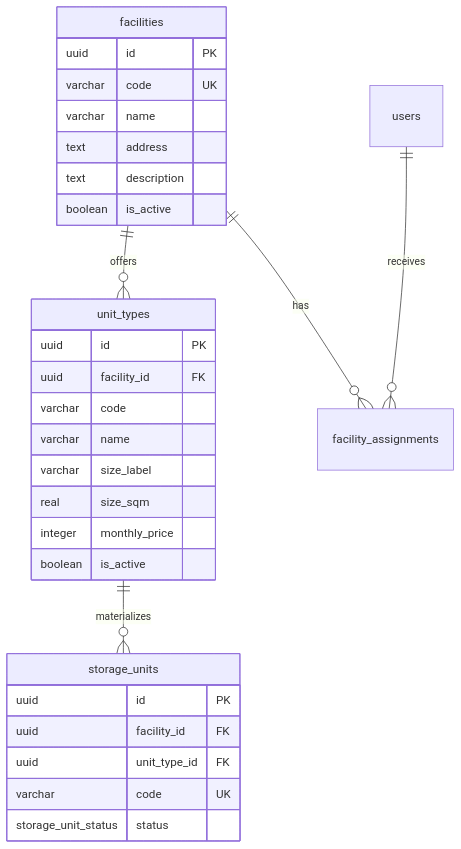
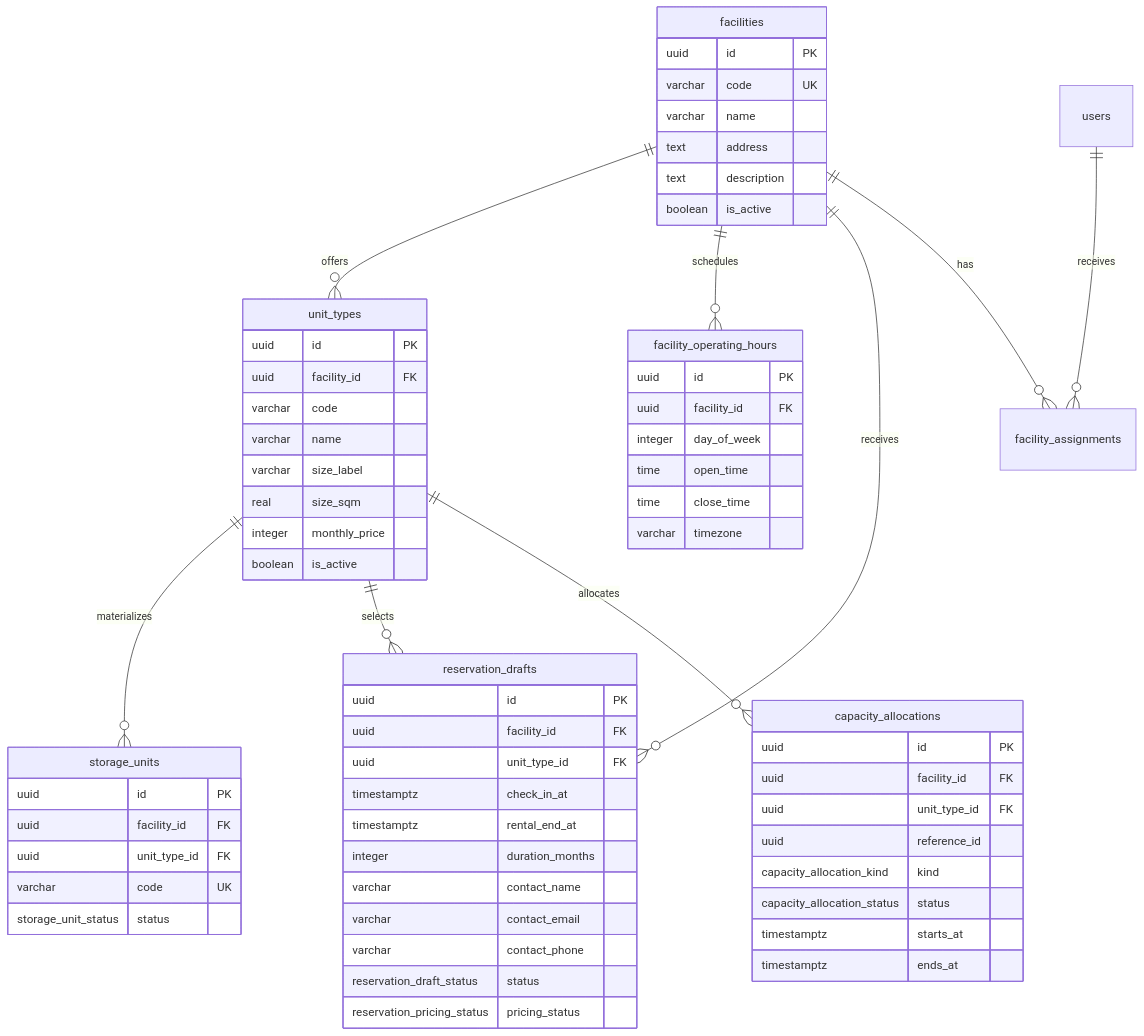
The diagram in docs/db-diagram.md (vlnguyen910/storeX), drawn with Mermaid before and after one commit. The commit also changed 20 other files, not shown here.

Commit message:
feat: create reservation drafts and validate rental windows

````diff
--- a/docs/db-diagram.md
+++ b/docs/db-diagram.md
@@ -5,35 +5,73 @@
 ```mermaid
 erDiagram
   facilities ||--o{ unit_types : offers
   unit_types ||--o{ storage_units : materializes
+  facilities ||--o{ facility_operating_hours : schedules
+  facilities ||--o{ reservation_drafts : receives
+  unit_types ||--o{ reservation_drafts : selects
+  unit_types ||--o{ capacity_allocations : allocates
   facilities ||--o{ facility_assignments : has
   users ||--o{ facility_assignments : receives
 
   facilities {
     uuid id PK
     varchar code UK
     varchar name
     text address
     text description
     boolean is_active
   }
 
   unit_types {
     uuid id PK
     uuid facility_id FK
     varchar code
     varchar name
     varchar size_label
     real size_sqm
     integer monthly_price
     boolean is_active
   }
 
   storage_units {
     uuid id PK
     uuid facility_id FK
     uuid unit_type_id FK
     varchar code UK
     storage_unit_status status
   }
+
+  facility_operating_hours {
+    uuid id PK
+    uuid facility_id FK
+    integer day_of_week
+    time open_time
+    time close_time
+    varchar timezone
+  }
+
+  reservation_drafts {
+    uuid id PK
+    uuid facility_id FK
+    uuid unit_type_id FK
+    timestamptz check_in_at
+    timestamptz rental_end_at
+    integer duration_months
+    varchar contact_name
+    varchar contact_email
+    varchar contact_phone
+    reservation_draft_status status
+    reservation_pricing_status pricing_status
+  }
+
+  capacity_allocations {
+    uuid id PK
+    uuid facility_id FK
+    uuid unit_type_id FK
+    uuid reference_id
+    capacity_allocation_kind kind
+    capacity_allocation_status status
+    timestamptz starts_at
+    timestamptz ends_at
+  }
 ```
````
